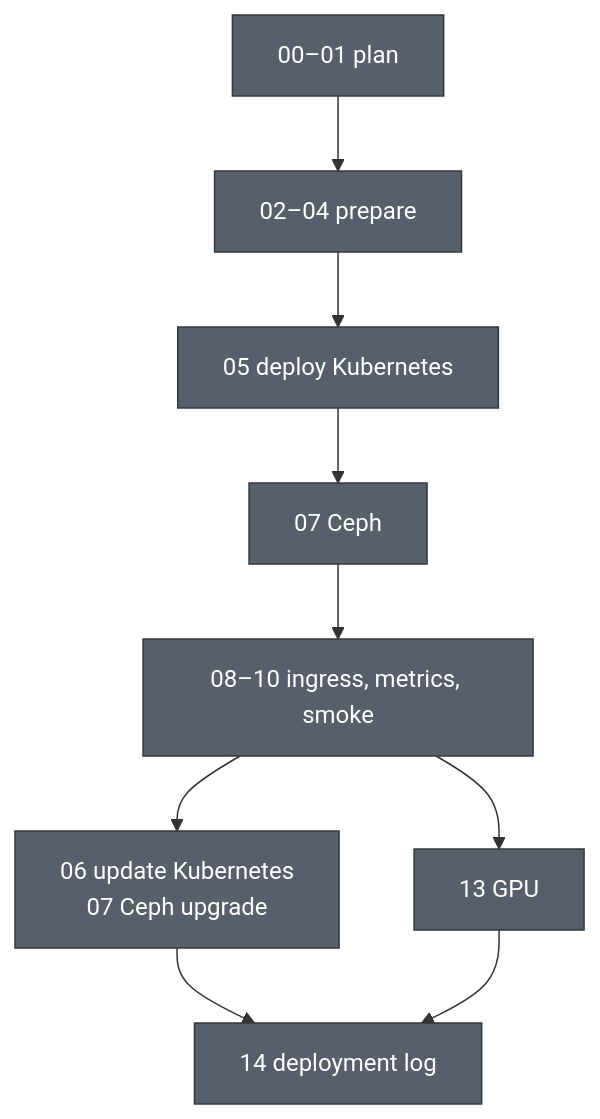
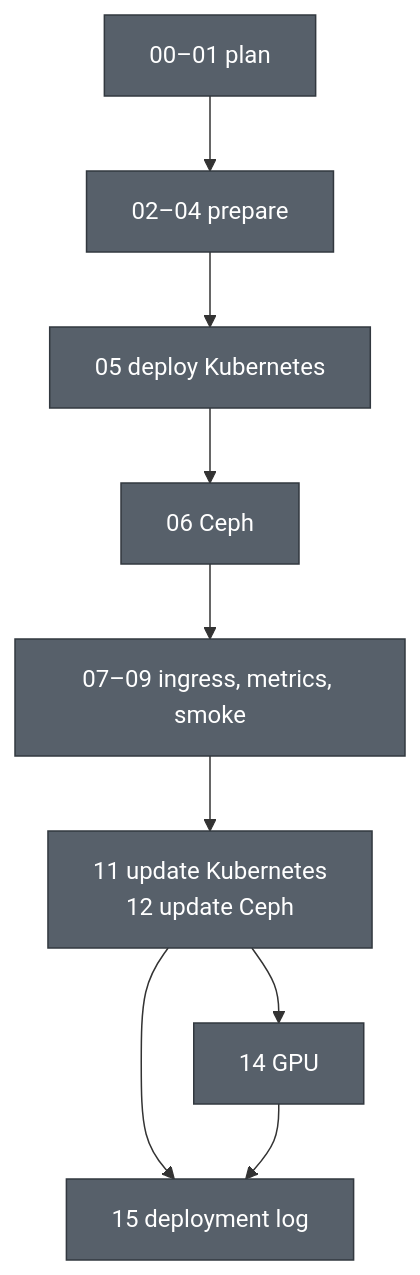
Before and after one commit to bahman-farhadian/kubernetes-lab: the diagram in README.md, drawn with Mermaid. The commit also changed other lines of this file and 14 other files, not shown here.

First line of the commit message:
docs: install Ceph before any upgrade

````diff
--- a/README.md
+++ b/README.md
@@ -31,14 +32,14 @@
 ```mermaid
 flowchart TD
     Plan["00–01 plan"]:::common
     Plan --> Prep["02–04 prepare"]:::common
     Prep --> K8s["05 deploy Kubernetes"]:::common
-    K8s --> Ceph["07 Ceph"]:::common
-    Ceph --> Rest["08–10 ingress, metrics, smoke"]:::common
-    Rest --> Up["06 update Kubernetes\n07 Ceph upgrade"]:::common
-    Rest --> GPU["13 GPU"]:::common
-    Up --> Log["14 deployment log"]:::common
+    K8s --> Ceph["06 Ceph"]:::common
+    Ceph --> Rest["07–09 ingress, metrics, smoke"]:::common
+    Rest --> Up["11 update Kubernetes\n12 update Ceph"]:::common
+    Up --> GPU["14 GPU"]:::common
+    Up --> Log["15 deployment log"]:::common
     GPU --> Log
 
     classDef common fill:#57606a,stroke:#32383f,color:#ffffff
 ```
````
